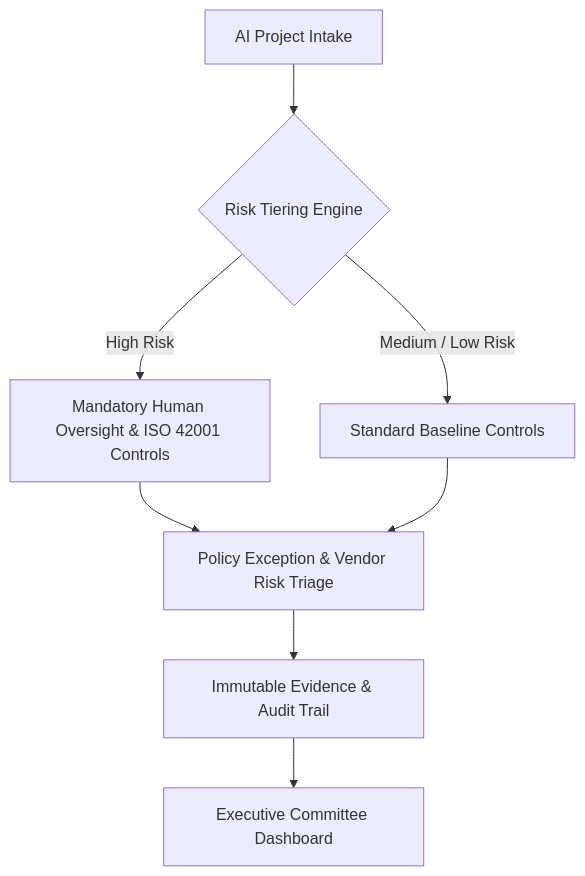
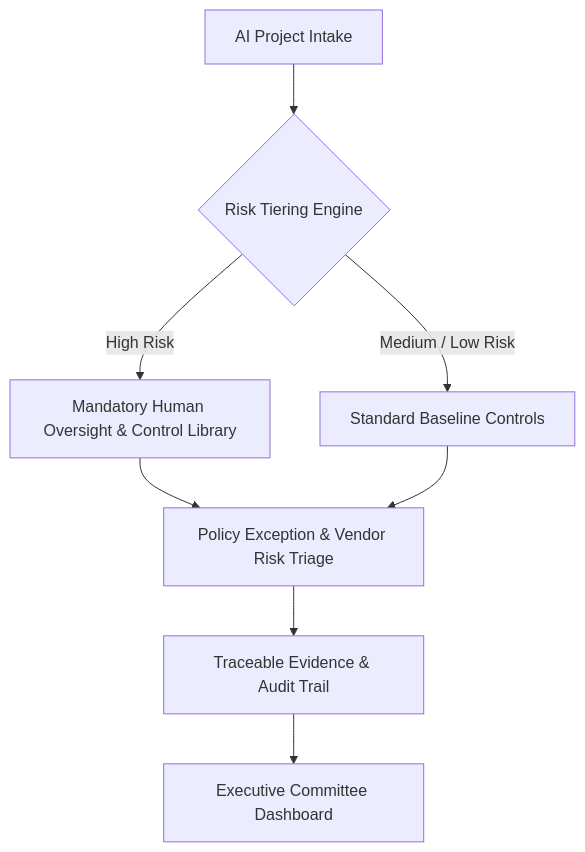
The diagram in README.md (jovfranco-tech/ai-governance-control-tower-showcase), drawn with Mermaid before and after one commit. The commit also changed other lines of this file and 1 other file, not shown here.

````diff
--- a/README.md
+++ b/README.md
@@ -35,10 +39,10 @@
 ```mermaid
 flowchart TD
     A[AI Project Intake] --> B{Risk Tiering Engine}
-    B -->|High Risk| C[Mandatory Human Oversight & ISO 42001 Controls]
+    B -->|High Risk| C[Mandatory Human Oversight & Control Library]
     B -->|Medium / Low Risk| D[Standard Baseline Controls]
     C --> E[Policy Exception & Vendor Risk Triage]
     D --> E
-    E --> F[Immutable Evidence & Audit Trail]
+    E --> F[Traceable Evidence & Audit Trail]
     F --> G[Executive Committee Dashboard]
 ```
````
